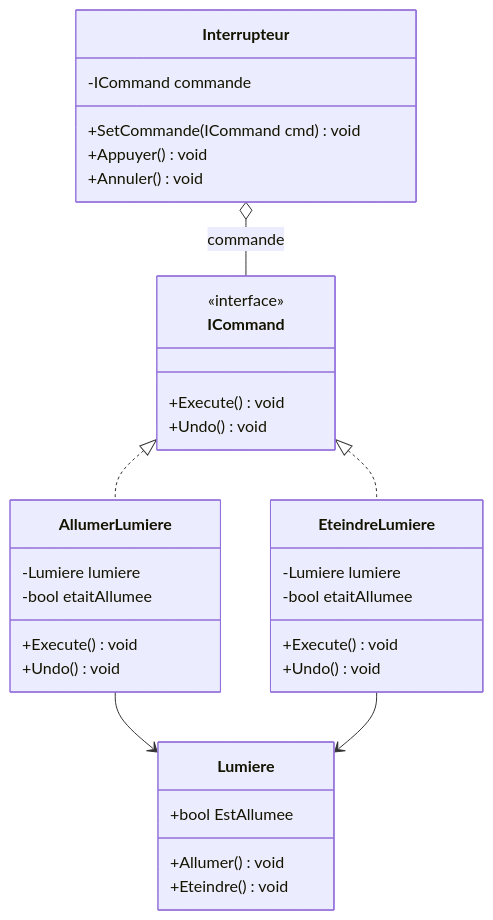
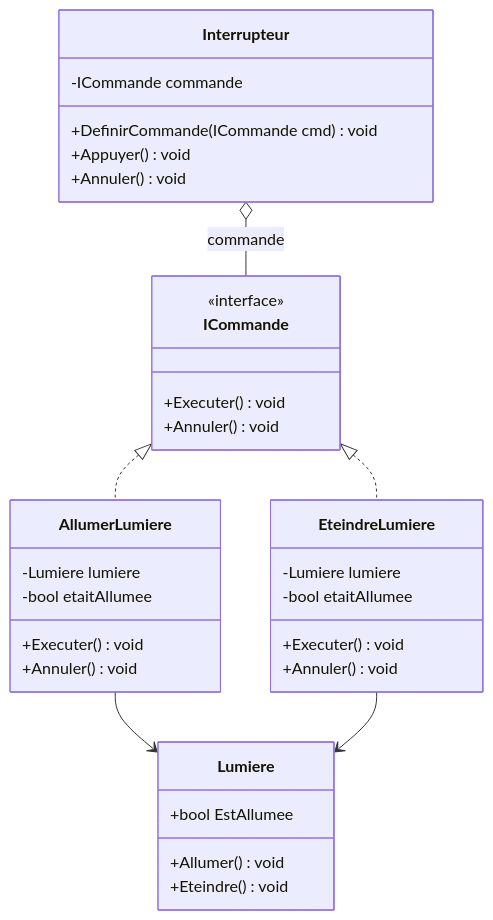
One commit to JulesGilli/object-oriented-programming-course changed the first of 2 diagrams in Chapitre 2/Partie III — Patterns Comportementaux/10. Command.md. Above: the diagram before and after it, drawn with Mermaid. The commit also changed other lines of this file and 24 other files, not shown here.

````diff
--- a/Chapitre 2/Partie III — Patterns Comportementaux/10. Command.md
+++ b/Chapitre 2/Partie III — Patterns Comportementaux/10. Command.md
@@ -66,36 +66,36 @@
 ```mermaid
 classDiagram
-    class ICommand {
+    class ICommande {
         <<interface>>
-        +Execute() void
-        +Undo() void
+        +Executer() void
+        +Annuler() void
     }
     class AllumerLumiere {
         -Lumiere lumiere
         -bool etaitAllumee
-        +Execute() void
-        +Undo() void
+        +Executer() void
+        +Annuler() void
     }
     class EteindreLumiere {
         -Lumiere lumiere
         -bool etaitAllumee
-        +Execute() void
-        +Undo() void
+        +Executer() void
+        +Annuler() void
     }
     class Lumiere {
         +bool EstAllumee
         +Allumer() void
         +Eteindre() void
     }
     class Interrupteur {
-        -ICommand commande
-        +SetCommande(ICommand cmd) void
+        -ICommande commande
+        +DefinirCommande(ICommande cmd) void
         +Appuyer() void
         +Annuler() void
     }
-    Interrupteur o-- ICommand : commande
-    ICommand <|.. AllumerLumiere
-    ICommand <|.. EteindreLumiere
+    Interrupteur o-- ICommande : commande
+    ICommande <|.. AllumerLumiere
+    ICommande <|.. EteindreLumiere
     AllumerLumiere --> Lumiere
     EteindreLumiere --> Lumiere
 ```
````
